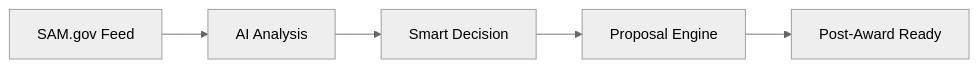
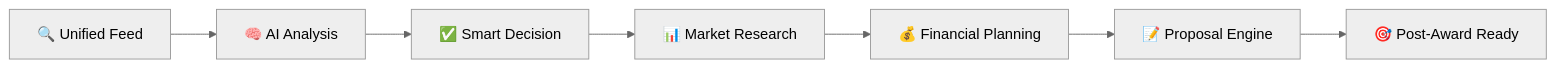
One commit to quartermasters/syntraq-ai changed the diagram in README.md. Above: the diagram before and after it, drawn with Mermaid (neutral theme). The commit also changed other lines of this file, not shown here.

````diff
--- a/README.md
+++ b/README.md
@@ -32,7 +32,9 @@
 ```mermaid
 graph LR
-    A[SAM.gov Feed] --> B[AI Analysis]
-    B --> C[Smart Decision]
-    C --> D[Proposal Engine]
-    D --> E[Post-Award Ready]
+    A[🔍 Unified Feed] --> B[🧠 AI Analysis]
+    B --> C[✅ Smart Decision]
+    C --> D[📊 Market Research]
+    D --> E[💰 Financial Planning]
+    E --> F[📝 Proposal Engine]
+    F --> G[🎯 Post-Award Ready]
 ```
````
